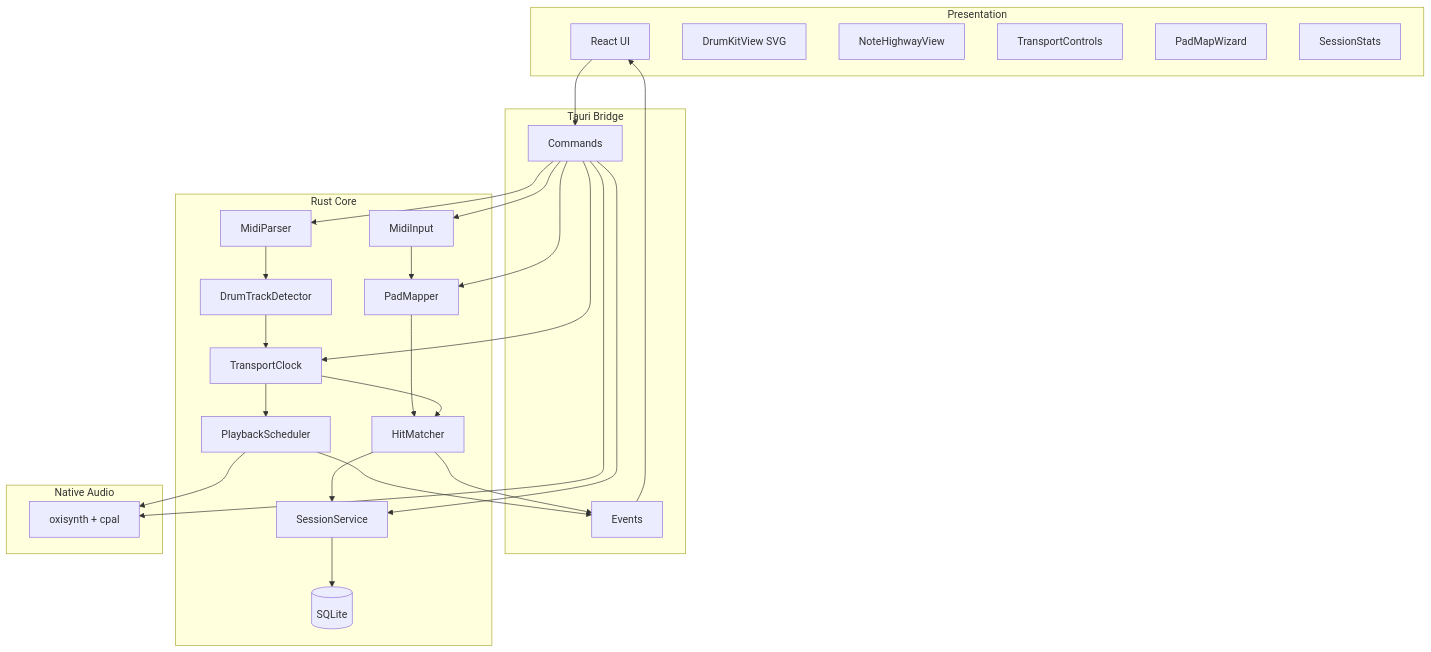
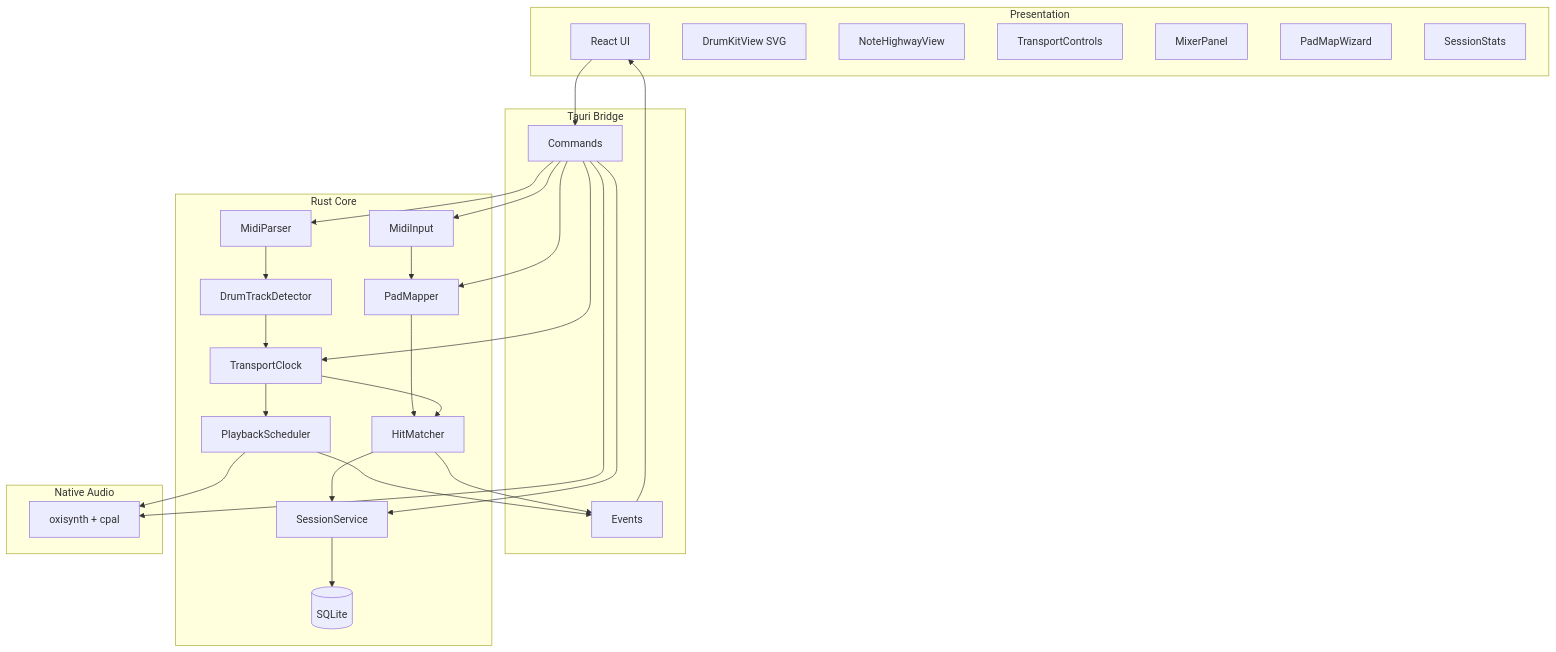
Before and after one commit to i7ionov/drumentor: the first of 4 diagrams in docs/ARCHITECTURE.md, drawn with Mermaid. The commit also changed other lines of this file and 14 other files, not shown here.

````diff
--- a/docs/ARCHITECTURE.md
+++ b/docs/ARCHITECTURE.md
@@ -14,52 +14,53 @@
 ```mermaid
 flowchart TB
   subgraph presentation [Presentation]
     ReactUI[React UI]
     KitView[DrumKitView SVG]
     HighwayView[NoteHighwayView]
     TransportUI[TransportControls]
+    MixerUI[MixerPanel]
     MapWizard[PadMapWizard]
     StatsUI[SessionStats]
   end
 
   subgraph bridge [Tauri Bridge]
     Commands[Commands]
     Events[Events]
   end
 
   subgraph core [Rust Core]
     MidiParser[MidiParser]
     DrumDetect[DrumTrackDetector]
     Clock[TransportClock]
     Scheduler[PlaybackScheduler]
     MidiIn[MidiInput]
     PadMap[PadMapper]
     Matcher[HitMatcher]
     Session[SessionService]
     Db[(SQLite)]
   end
 
   subgraph audio [Native Audio]
     AudioEngine[oxisynth + cpal]
   end
 
   ReactUI --> Commands
   Commands --> MidiParser
   Commands --> Clock
   Commands --> MidiIn
   Commands --> PadMap
   Commands --> Session
   Commands --> AudioEngine
   Events --> ReactUI
   Clock --> Scheduler
   Scheduler --> Events
   Scheduler --> AudioEngine
   MidiIn --> PadMap
   PadMap --> Matcher
   Clock --> Matcher
   Matcher --> Events
   Matcher --> Session
   Session --> Db
   MidiParser --> DrumDetect
   DrumDetect --> Clock
 ```
````
